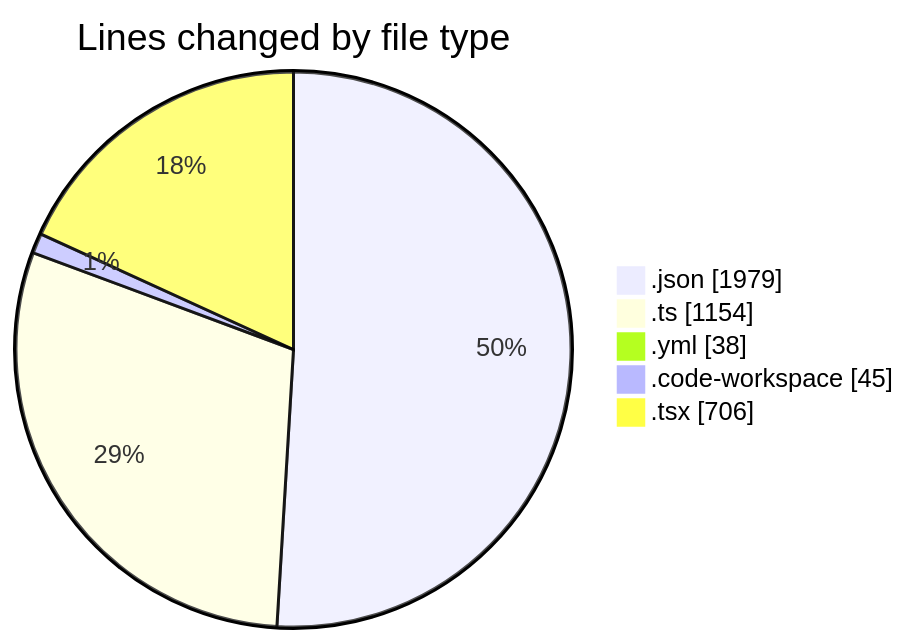
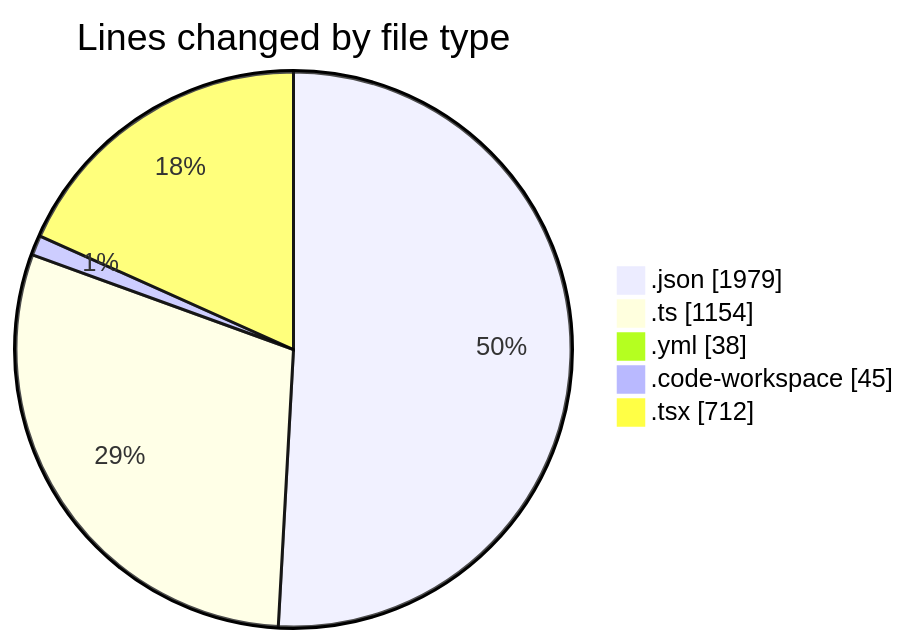
The first of 2 diagrams in 2025-11-25/eventscop-frontend-guide__workspace_/README.md (julien-gomy/code-tracking), drawn with Mermaid before and after one commit. The commit also changed other lines of this file and 1 other file, not shown here.

````diff
--- a/2025-11-25/eventscop-frontend-guide__workspace_/README.md
+++ b/2025-11-25/eventscop-frontend-guide__workspace_/README.md
@@ -32,9 +32,9 @@
 ```mermaid
 pie showData
 title Lines changed by file type
 ".json" : 1979
 ".ts" : 1154
 ".yml" : 38
 ".code-workspace" : 45
-".tsx" : 706
+".tsx" : 712
 ```
````
